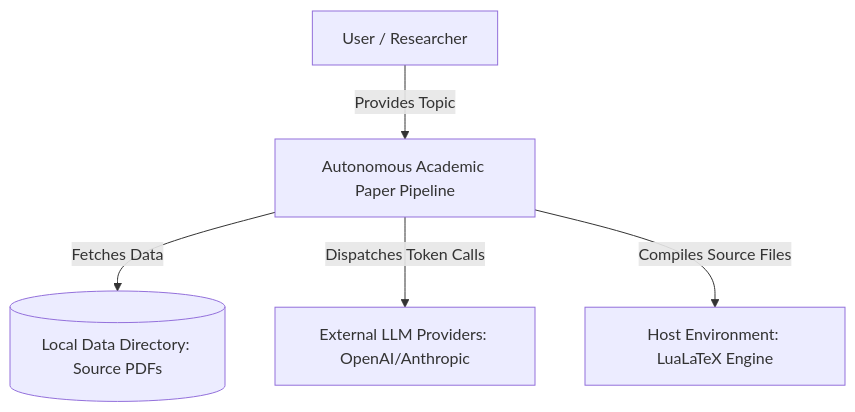
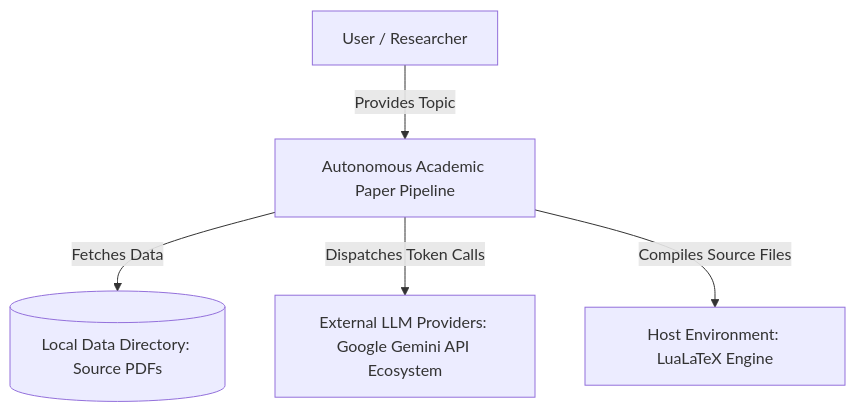
Before and after one commit to Diana-Koroblov/-Autonomous-Academic-Paper-Generation-Pipeline: the first of 6 diagrams in docs/PLAN.md, drawn with Mermaid. The commit also changed other lines of this file and 10 other files, not shown here.

Commit message:
Phase 1.1 Completed: Initialized environment, architecture diagrams, Gemini configurations, and runtime security

````diff
--- a/docs/PLAN.md
+++ b/docs/PLAN.md
@@ -8,8 +8,8 @@
 ```mermaid
 %% C4 Context Diagram
 graph TD
     User[User / Researcher] -->|Provides Topic| System[Autonomous Academic Paper Pipeline]
     System -->|Fetches Data| LocalPDFs[(Local Data Directory: Source PDFs)]
-    System -->|Dispatches Token Calls| LLM[External LLM Providers: OpenAI/Anthropic]
+    System -->|Dispatches Token Calls| LLM[External LLM Providers: Google Gemini API Ecosystem]
     System -->|Compiles Source Files| LocalOS[Host Environment: LuaLaTeX Engine]
 ```
````
